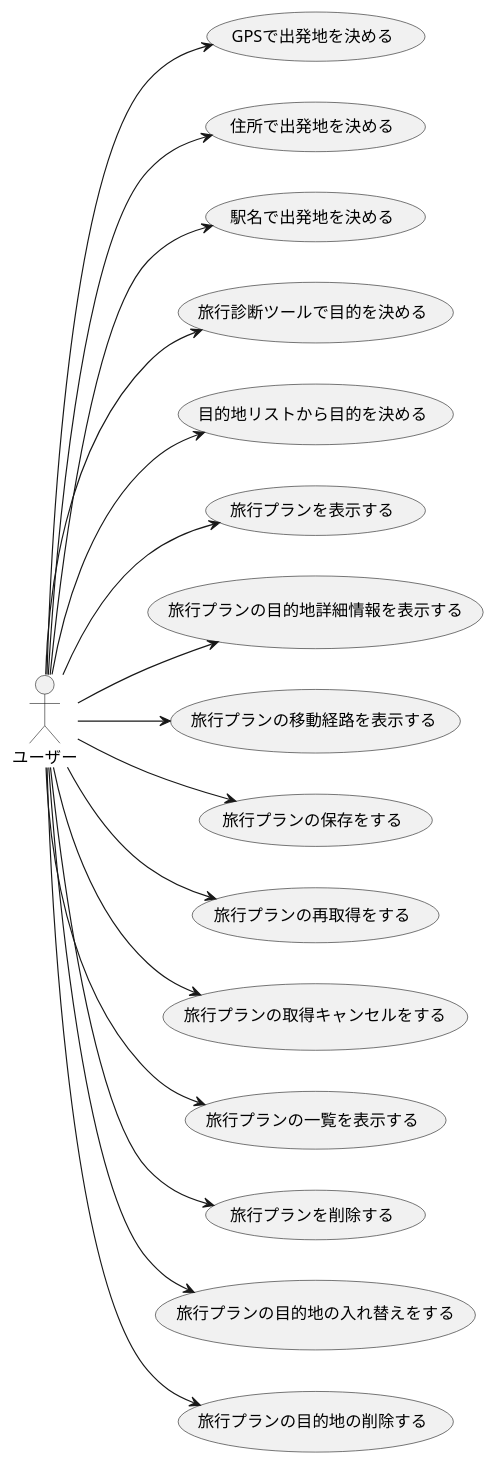
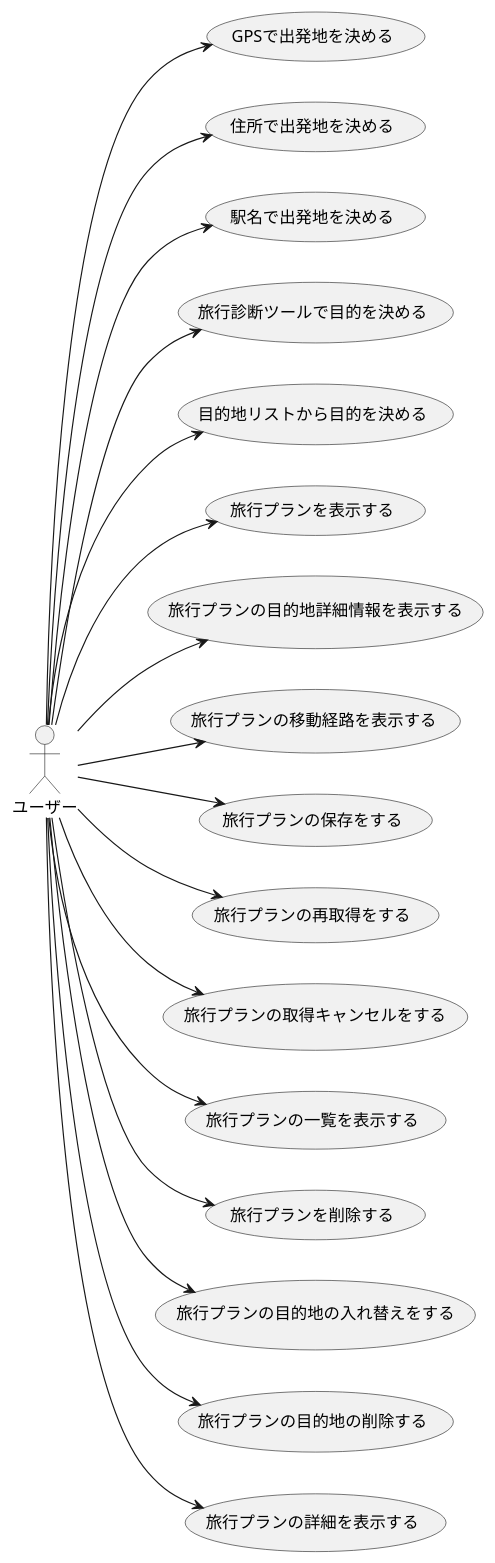
The diagram in 設計書/ユースケース関係/済：ユーザー：ユースケース図.pu (teamack20172020/sotukenTest), drawn with PlantUML before and after one commit. The commit also changed 3 other files, not shown here.

```diff
--- a/設計書/ユースケース関係/済：ユーザー：ユースケース図.pu
+++ b/設計書/ユースケース関係/済：ユーザー：ユースケース図.pu
@@ -1,39 +1,41 @@
 @startuml
 
 left to right direction
 
 :ユーザー: as user
 
 (GPSで出発地を決める) as use1o1
 (住所で出発地を決める) as use1o2
 (駅名で出発地を決める) as use1o3
 (旅行診断ツールで目的を決める) as use2o1
 (目的地リストから目的を決める) as use2o2
 (旅行プランを表示する) as use3
 (旅行プランの目的地詳細情報を表示する) as use4o1
 (旅行プランの移動経路を表示する) as use4o2
 (旅行プランの保存をする) as use5o1
 (旅行プランの再取得をする) as use5o2
 (旅行プランの取得キャンセルをする) as use5o3
 (旅行プランの一覧を表示する) as use6
 (旅行プランを削除する) as use7
 (旅行プランの目的地の入れ替えをする) as use8o1
 (旅行プランの目的地の削除する) as use8o2
+(旅行プランの詳細を表示する) as use9
 
 user --> use1o1
 user --> use1o2
 user --> use1o3
 user --> use2o1
 user --> use2o2
 user --> use3
 user --> use4o1
 user --> use4o2
 user --> use5o1
 user --> use5o2
 user --> use5o3
 user --> use6
 user --> use7
 user --> use8o1
 user --> use8o2
+user --> use9
 
 @enduml
```
